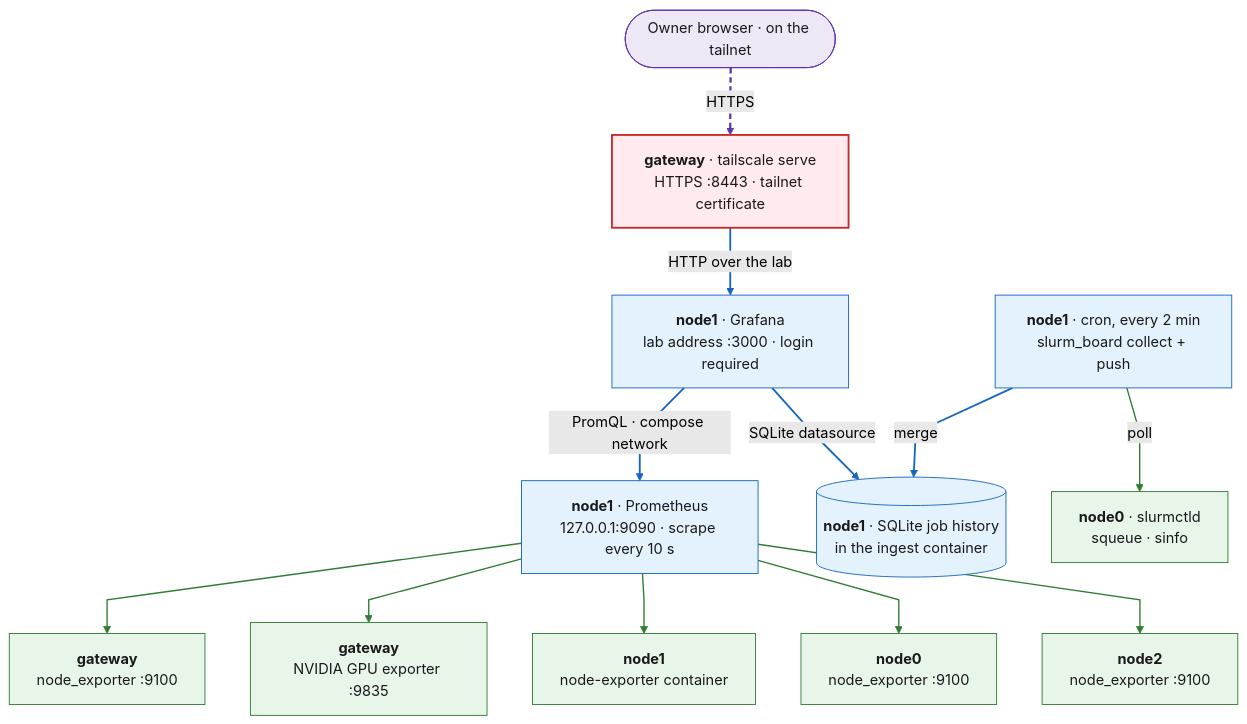
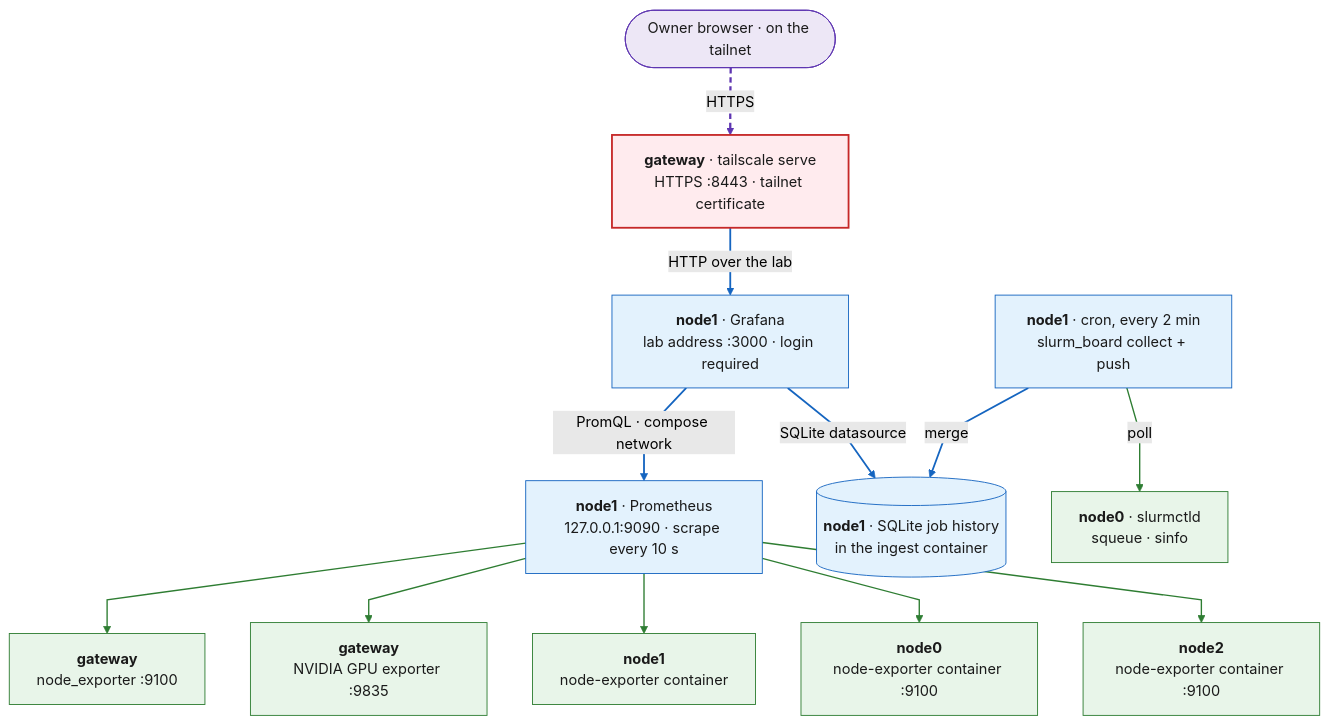
The fourth of 4 diagrams in docs/architecture.md (RyanMoore-phys/homelab-infra), drawn with Mermaid (forest theme) before and after one commit. The commit also changed other lines of this file and 17 other files, not shown here.

````diff
--- a/docs/architecture.md
+++ b/docs/architecture.md
@@ -188,40 +191,40 @@
 ```mermaid
 flowchart TB
     owner(["Owner browser · on the tailnet"])
     serve["<b>gateway</b> · tailscale serve<br/>HTTPS :8443 · tailnet certificate"]
     graf["<b>node1</b> · Grafana<br/>lab address :3000 · login required"]
     prom["<b>node1</b> · Prometheus<br/>127.0.0.1:9090 · scrape every 10 s"]
     db[("<b>node1</b> · SQLite job history<br/>in the ingest container")]
     cron["<b>node1</b> · cron, every 2 min<br/>slurm_board collect + push"]
     ctld["<b>node0</b> · slurmctld<br/>squeue · sinfo"]
     ne_gw["<b>gateway</b><br/>node_exporter :9100"]
     gpu["<b>gateway</b><br/>NVIDIA GPU exporter :9835"]
     ne1["<b>node1</b><br/>node-exporter container"]
-    ne0["<b>node0</b><br/>node_exporter :9100"]
-    ne2["<b>node2</b><br/>node_exporter :9100"]
+    ne0["<b>node0</b><br/>node-exporter container :9100"]
+    ne2["<b>node2</b><br/>node-exporter container :9100"]
 
     owner -->|"HTTPS"| serve
     serve -->|"HTTP over the lab"| graf
     graf -->|"PromQL · compose network"| prom
     graf -->|"SQLite datasource"| db
     prom --> ne_gw
     prom --> gpu
     prom --> ne1
     prom --> ne0
     prom --> ne2
     cron -->|"merge"| db
     cron -->|"poll"| ctld
 
     classDef gw fill:#ffebee,stroke:#c62828,stroke-width:2px,color:#1a1a1a
     classDef svc fill:#e3f2fd,stroke:#1565c0,color:#1a1a1a
     classDef target fill:#e8f5e9,stroke:#2e7d32,color:#1a1a1a
     classDef actor fill:#ede7f6,stroke:#5e35b1,color:#1a1a1a
     class serve gw
     class graf,prom,db,cron svc
     class ne_gw,gpu,ne1,ne0,ne2,ctld target
     class owner actor
     linkStyle default interpolate linear
     linkStyle 0 stroke:#5e35b1,stroke-width:2.5px,stroke-dasharray:6 4
     linkStyle 1,2,3,9 stroke:#1565c0,stroke-width:2px
     linkStyle 4,5,6,7,8,10 stroke:#2e7d32,stroke-width:1.5px
 ```
````
